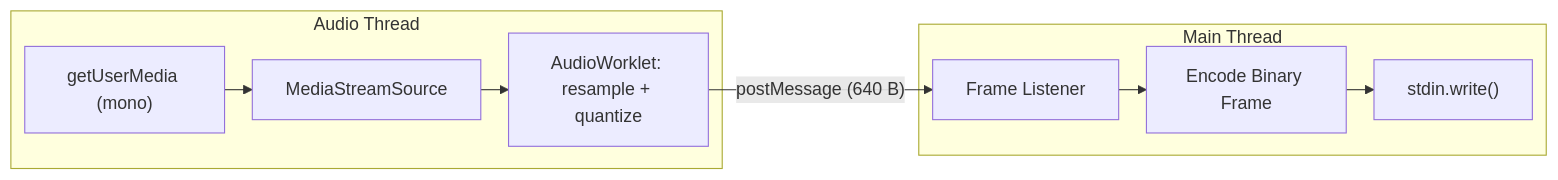
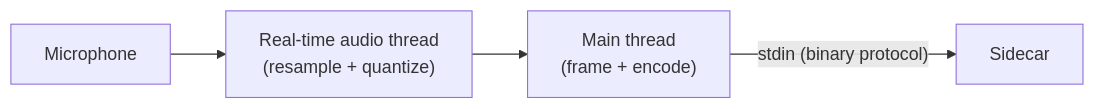
One commit to brittain9/obsidian-local-speech-to-text changed the third of 7 diagrams in docs/architecture/system-architecture.md. Above: the diagram before and after it, drawn with Mermaid. The commit also changed other lines of this file and 4 other files, not shown here.

````diff
--- a/docs/architecture/system-architecture.md
+++ b/docs/architecture/system-architecture.md
@@ -39,20 +85,6 @@
 ```mermaid
----
-config:
-  flowchart:
-    nodeSpacing: 20
-    rankSpacing: 25
-    diagramPadding: 8
-    wrappingWidth: 120
----
 flowchart LR
-    subgraph capture ["Audio Thread"]
-        MIC["getUserMedia (mono)"] --> SRC["MediaStreamSource"] --> WORKLET["AudioWorklet: resample + quantize"]
-    end
-
-    WORKLET -->|"postMessage (640 B)"| MAIN
-
-    subgraph transport ["Main Thread"]
-        MAIN["Frame Listener"] --> ENCODE["Encode Binary Frame"] --> STDIN["stdin.write()"]
-    end
+    MIC["Microphone"] --> RT["Real-time audio thread<br/>(resample + quantize)"]
+    RT --> MAIN["Main thread<br/>(frame + encode)"]
+    MAIN -->|"stdin (binary protocol)"| SIDECAR["Sidecar"]
 ```
````
